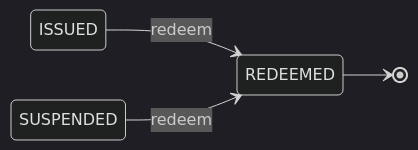
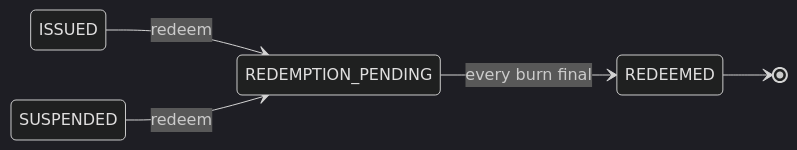
One commit to makibytes/registerwerk changed the second of 2 diagrams in docs/customer/lifecycle/redemption.md. Above: the diagram before and after it, drawn with Mermaid (dark theme). The commit also changed other lines of this file and 282 other files, not shown here.

````diff
--- a/docs/customer/lifecycle/redemption.md
+++ b/docs/customer/lifecycle/redemption.md
@@ -121,7 +121,8 @@
 ```mermaid
 stateDiagram-v2
     direction LR
-    ISSUED --> REDEEMED: redeem
-    SUSPENDED --> REDEEMED: redeem
+    ISSUED --> REDEMPTION_PENDING: redeem
+    SUSPENDED --> REDEMPTION_PENDING: redeem
+    REDEMPTION_PENDING --> REDEEMED: every burn final
     REDEEMED --> [*]
 ```
````
